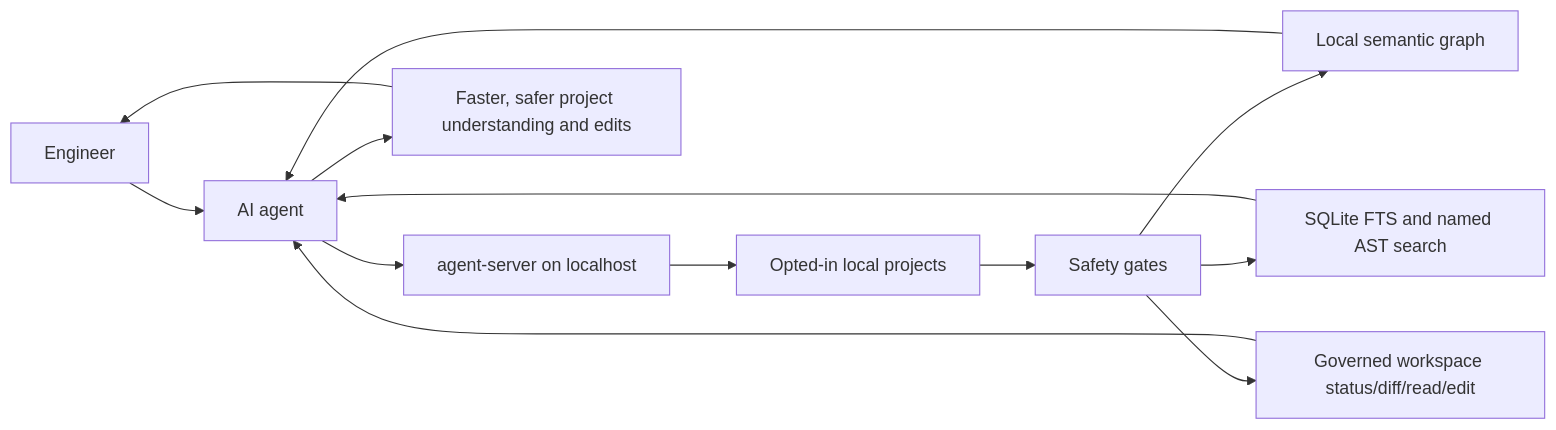
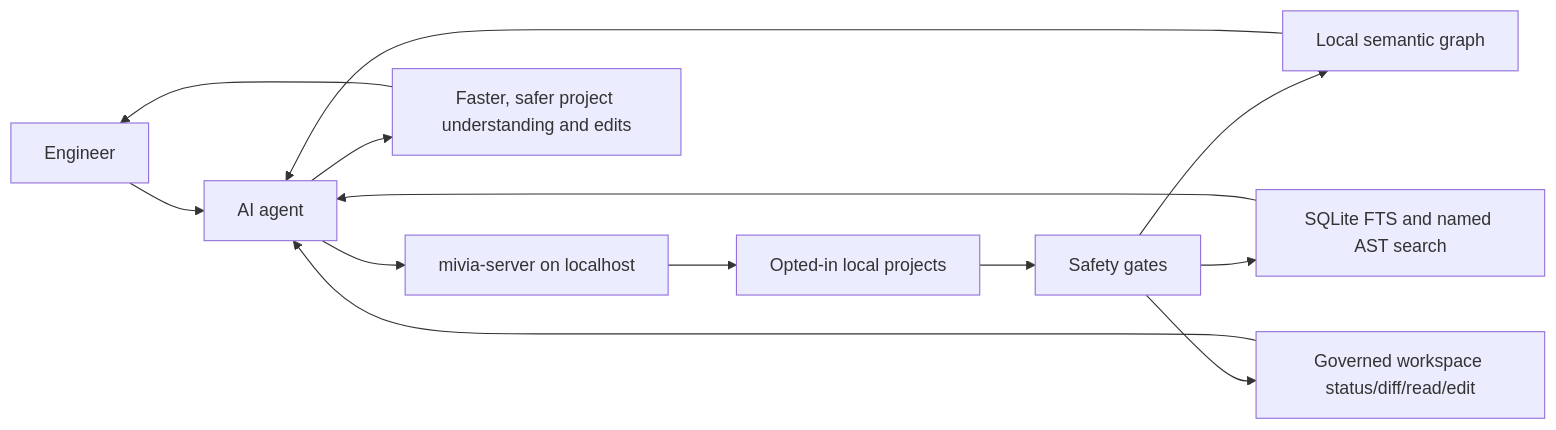
One commit to MiviaLabs/go-mivia changed the diagram in docs/business-overview.md. Above: the diagram before and after it, drawn with Mermaid. The commit also changed other lines of this file and 33 other files, not shown here.

````diff
--- a/docs/business-overview.md
+++ b/docs/business-overview.md
@@ -11,25 +11,25 @@
 ```mermaid
 flowchart LR
   Engineer["Engineer"]
   Agent["AI agent"]
-  Server["agent-server on localhost"]
+  Server["mivia-server on localhost"]
   Projects["Opted-in local projects"]
   Safety["Safety gates"]
   Graph["Local semantic graph"]
   Search["SQLite FTS and named AST search"]
   Workspace["Governed workspace status/diff/read/edit"]
   Outcome["Faster, safer project understanding and edits"]
 
   Engineer --> Agent
   Agent --> Server
   Server --> Projects
   Projects --> Safety
   Safety --> Graph
   Safety --> Search
   Safety --> Workspace
   Graph --> Agent
   Search --> Agent
   Workspace --> Agent
   Agent --> Outcome
   Outcome --> Engineer
 ```
````
